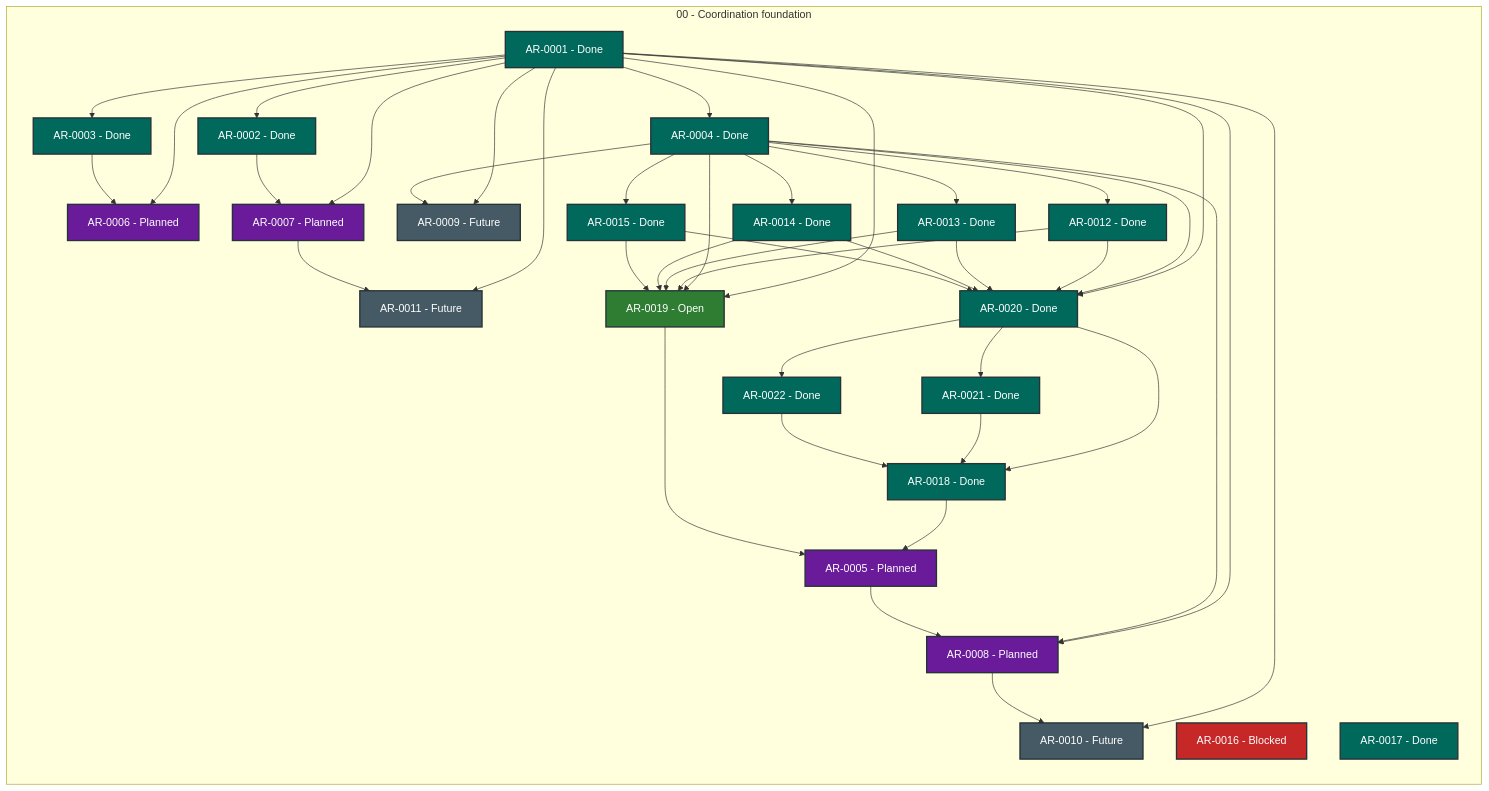
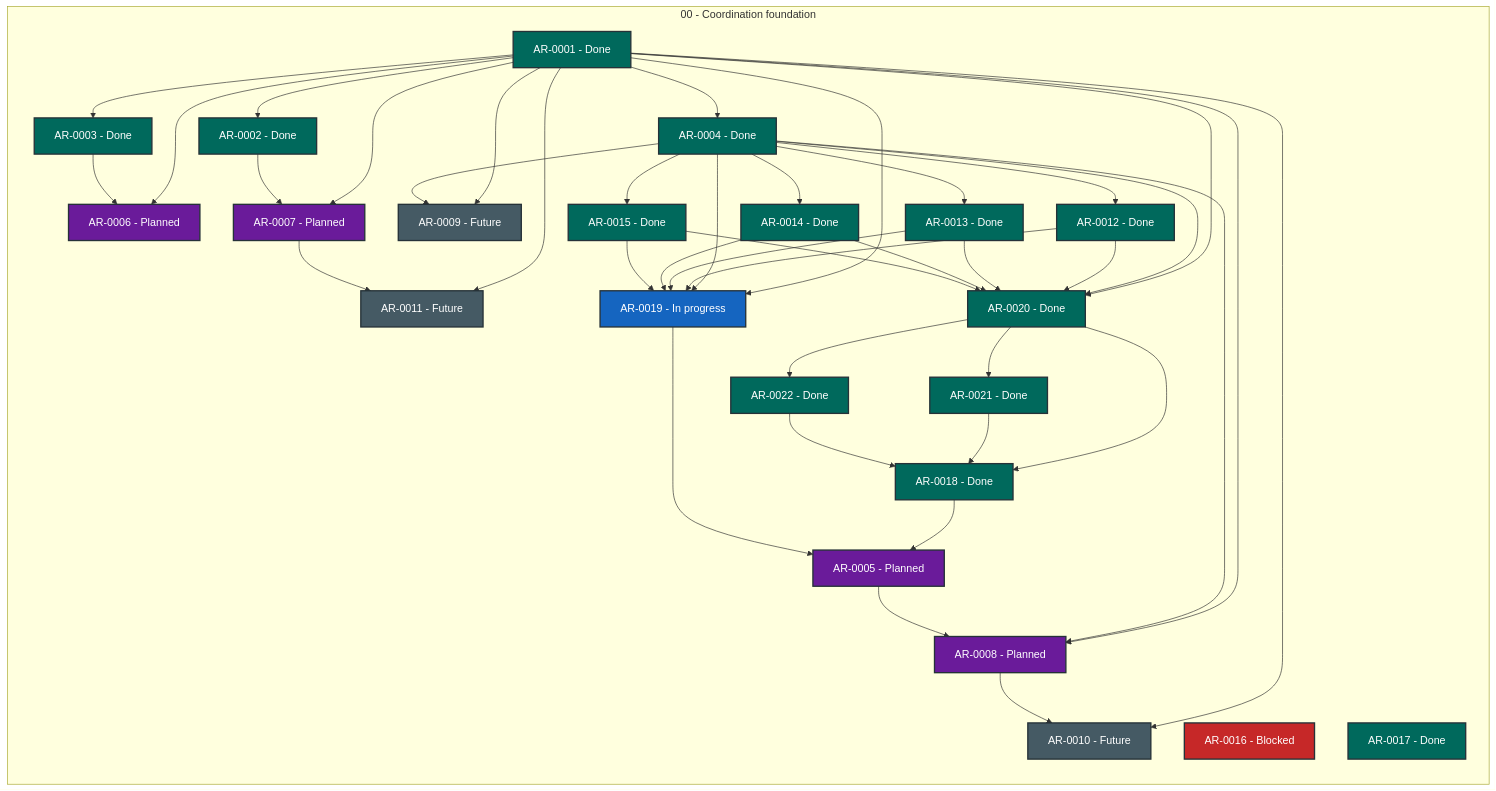
The diagram in STATUS.md (martin-beck/agent-workflow-quality-state), drawn with Mermaid before and after one commit. The commit also changed other lines of this file and 2 other files, not shown here.

````diff
--- a/STATUS.md
+++ b/STATUS.md
@@ -27,75 +27,75 @@
 ```mermaid
 flowchart LR
     subgraph series_00["00 - Coordination foundation"]
         direction TB
         AR_0001["AR-0001 - Done"]:::status_done
         AR_0002["AR-0002 - Done"]:::status_done
         AR_0003["AR-0003 - Done"]:::status_done
         AR_0004["AR-0004 - Done"]:::status_done
         AR_0005["AR-0005 - Planned"]:::status_planned
         AR_0006["AR-0006 - Planned"]:::status_planned
         AR_0007["AR-0007 - Planned"]:::status_planned
         AR_0008["AR-0008 - Planned"]:::status_planned
         AR_0009["AR-0009 - Future"]:::status_future
         AR_0010["AR-0010 - Future"]:::status_future
         AR_0011["AR-0011 - Future"]:::status_future
         AR_0012["AR-0012 - Done"]:::status_done
         AR_0013["AR-0013 - Done"]:::status_done
         AR_0014["AR-0014 - Done"]:::status_done
         AR_0015["AR-0015 - Done"]:::status_done
         AR_0016["AR-0016 - Blocked"]:::status_blocked
         AR_0017["AR-0017 - Done"]:::status_done
         AR_0018["AR-0018 - Done"]:::status_done
-        AR_0019["AR-0019 - Open"]:::status_open
+        AR_0019["AR-0019 - In progress"]:::status_in_progress
         AR_0020["AR-0020 - Done"]:::status_done
         AR_0021["AR-0021 - Done"]:::status_done
         AR_0022["AR-0022 - Done"]:::status_done
     end
     AR_0001 --> AR_0002
     AR_0001 --> AR_0003
     AR_0001 --> AR_0004
     AR_0001 --> AR_0006
     AR_0001 --> AR_0007
     AR_0001 --> AR_0008
     AR_0001 --> AR_0009
     AR_0001 --> AR_0010
     AR_0001 --> AR_0011
     AR_0001 --> AR_0019
     AR_0001 --> AR_0020
     AR_0002 --> AR_0007
     AR_0003 --> AR_0006
     AR_0004 --> AR_0008
     AR_0004 --> AR_0009
     AR_0004 --> AR_0012
     AR_0004 --> AR_0013
     AR_0004 --> AR_0014
     AR_0004 --> AR_0015
     AR_0004 --> AR_0019
     AR_0004 --> AR_0020
     AR_0005 --> AR_0008
     AR_0007 --> AR_0011
     AR_0008 --> AR_0010
     AR_0012 --> AR_0019
     AR_0012 --> AR_0020
     AR_0013 --> AR_0019
     AR_0013 --> AR_0020
     AR_0014 --> AR_0019
     AR_0014 --> AR_0020
     AR_0015 --> AR_0019
     AR_0015 --> AR_0020
     AR_0018 --> AR_0005
     AR_0019 --> AR_0005
     AR_0020 --> AR_0018
     AR_0020 --> AR_0021
     AR_0020 --> AR_0022
     AR_0021 --> AR_0018
     AR_0022 --> AR_0018
     classDef status_in_progress fill:#1565c0,color:#ffffff,stroke:#263238,stroke-width:2px
     classDef status_open fill:#2e7d32,color:#ffffff,stroke:#263238,stroke-width:2px
     classDef status_blocked fill:#c62828,color:#ffffff,stroke:#263238,stroke-width:2px
     classDef status_planned fill:#6a1b9a,color:#ffffff,stroke:#263238,stroke-width:2px
     classDef status_future fill:#455a64,color:#ffffff,stroke:#263238,stroke-width:2px
     classDef status_done fill:#00695c,color:#ffffff,stroke:#263238,stroke-width:2px
     classDef status_cancelled fill:#616161,color:#ffffff,stroke:#263238,stroke-width:2px
     classDef status_superseded fill:#5d4037,color:#ffffff,stroke:#263238,stroke-width:2px
 ```
````
